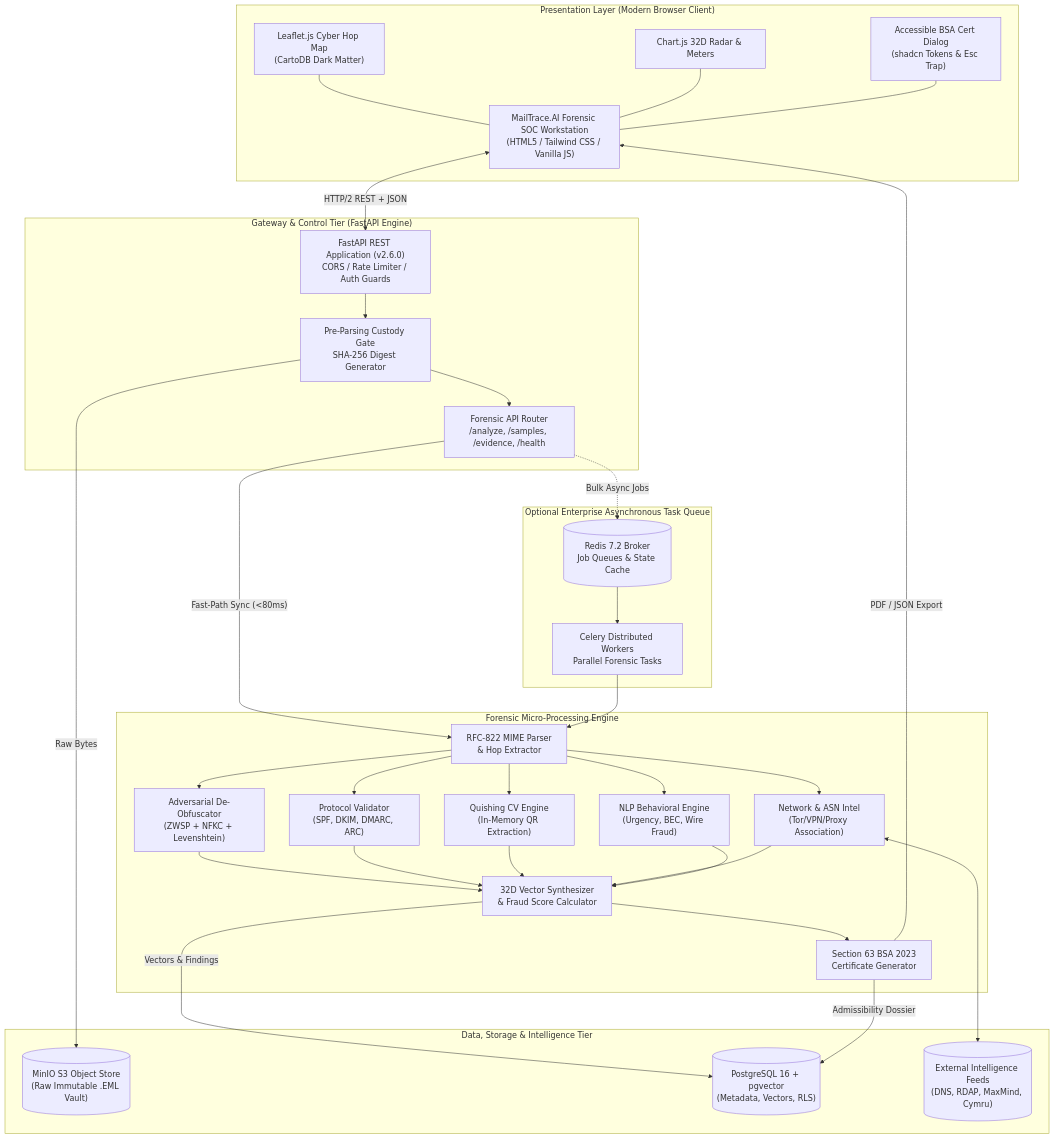
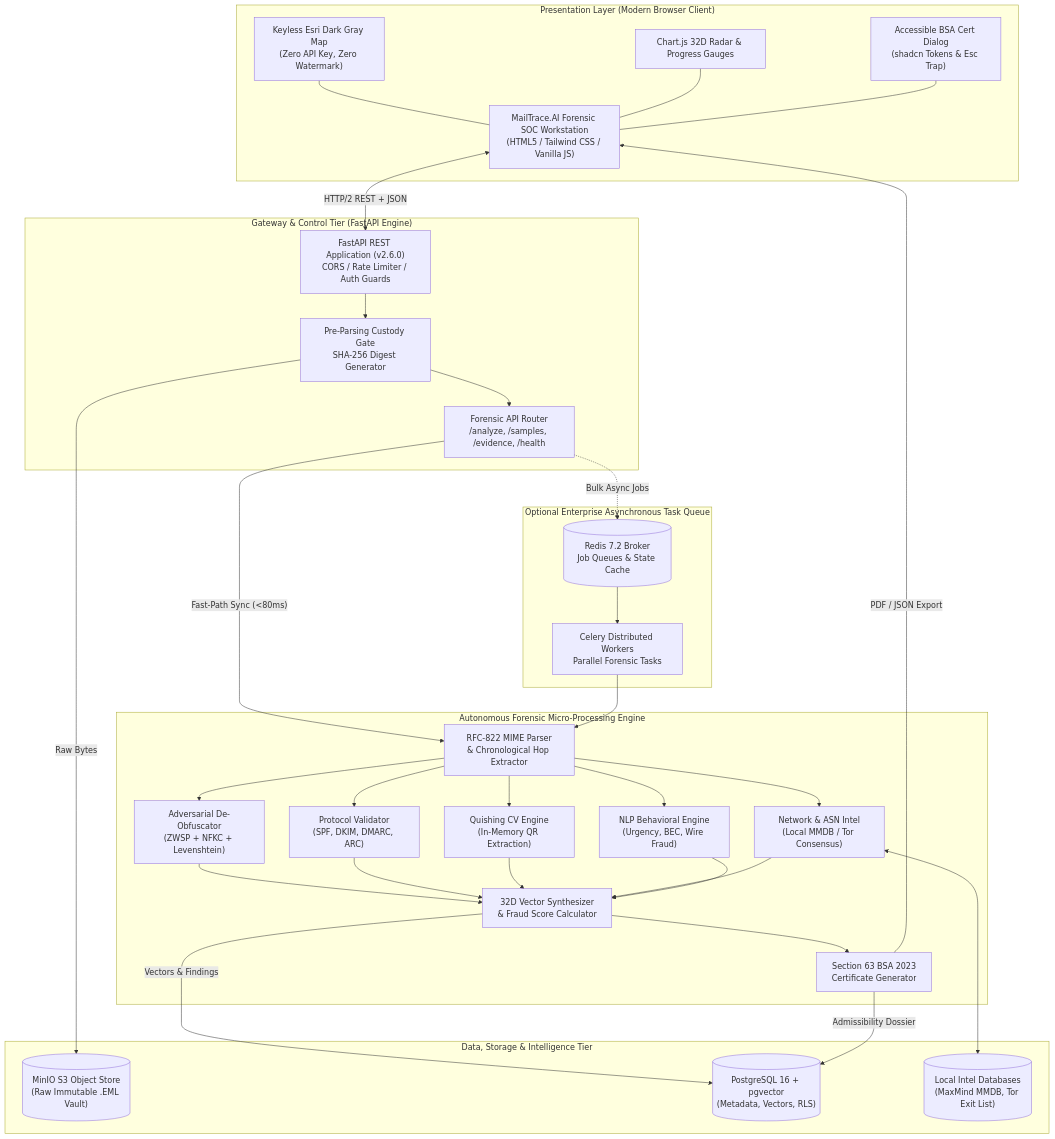
One commit to rakeshsinghrawat107/MailTrace-AI changed the second of 10 diagrams in updated architecture.md. Above: the diagram before and after it, drawn with Mermaid. The commit also changed other lines of this file and 2 other files, not shown here.

Commit message:
fix(map): replace watermarked CartoDB tiles with keyless Esri World Dark Gray & update architecture v3.1.0

````diff
--- a/updated architecture.md
+++ b/updated architecture.md
@@ -84,70 +304,70 @@
 ```mermaid
 flowchart TB
     subgraph ClientTier ["Presentation Layer (Modern Browser Client)"]
         UI["MailTrace.AI Forensic SOC Workstation<br/>(HTML5 / Tailwind CSS / Vanilla JS)"]
-        MAP["Leaflet.js Cyber Hop Map<br/>(CartoDB Dark Matter)"]
-        RADAR["Chart.js 32D Radar & Meters"]
+        MAP["Keyless Esri Dark Gray Map<br/>(Zero API Key, Zero Watermark)"]
+        RADAR["Chart.js 32D Radar & Progress Gauges"]
         DIALOG["Accessible BSA Cert Dialog<br/>(shadcn Tokens & Esc Trap)"]
     end
 
     subgraph GatewayTier ["Gateway & Control Tier (FastAPI Engine)"]
         API["FastAPI REST Application (v2.6.0)<br/>CORS / Rate Limiter / Auth Guards"]
         ROUTER["Forensic API Router<br/>/analyze, /samples, /evidence, /health"]
         CUSTODY_GATE["Pre-Parsing Custody Gate<br/>SHA-256 Digest Generator"]
     end
 
     subgraph AsyncTier ["Optional Enterprise Asynchronous Task Queue"]
         REDIS[("Redis 7.2 Broker<br/>Job Queues & State Cache")]
         CELERY["Celery Distributed Workers<br/>Parallel Forensic Tasks"]
     end
 
-    subgraph EngineTier ["Forensic Micro-Processing Engine"]
-        MIME_PARSER["RFC-822 MIME Parser<br/>& Hop Extractor"]
+    subgraph EngineTier ["Autonomous Forensic Micro-Processing Engine"]
+        MIME_PARSER["RFC-822 MIME Parser<br/>& Chronological Hop Extractor"]
         DEOBF["Adversarial De-Obfuscator<br/>(ZWSP + NFKC + Levenshtein)"]
         PROTO["Protocol Validator<br/>(SPF, DKIM, DMARC, ARC)"]
         QUISH["Quishing CV Engine<br/>(In-Memory QR Extraction)"]
-        GEO["Network & ASN Intel<br/>(Tor/VPN/Proxy Association)"]
+        GEO["Network & ASN Intel<br/>(Local MMDB / Tor Consensus)"]
         NLP["NLP Behavioral Engine<br/>(Urgency, BEC, Wire Fraud)"]
         SYNTH["32D Vector Synthesizer<br/>& Fraud Score Calculator"]
         CERT_GEN["Section 63 BSA 2023<br/>Certificate Generator"]
     end
 
     subgraph StorageTier ["Data, Storage & Intelligence Tier"]
         MINIO[("MinIO S3 Object Store<br/>(Raw Immutable .EML Vault)")]
         POSTGRES[("PostgreSQL 16 + pgvector<br/>(Metadata, Vectors, RLS)")]
-        INTEL_FEEDS[("External Intelligence Feeds<br/>(DNS, RDAP, MaxMind, Cymru)")]
+        INTEL_FEEDS[("Local Intel Databases<br/>(MaxMind MMDB, Tor Exit List)")]
     end
 
     UI <-->|"HTTP/2 REST + JSON"| API
     MAP --- UI
     RADAR --- UI
     DIALOG --- UI
 
     API --> CUSTODY_GATE
     CUSTODY_GATE -->|"Raw Bytes"| MINIO
     CUSTODY_GATE --> ROUTER
 
     ROUTER -->|"Fast-Path Sync (<80ms)"| MIME_PARSER
     ROUTER -.->|"Bulk Async Jobs"| REDIS
     REDIS --> CELERY
     CELERY --> MIME_PARSER
 
     MIME_PARSER --> DEOBF
     MIME_PARSER --> PROTO
     MIME_PARSER --> QUISH
     MIME_PARSER --> GEO
     MIME_PARSER --> NLP
 
     GEO <--> INTEL_FEEDS
 
     DEOBF --> SYNTH
     PROTO --> SYNTH
     QUISH --> SYNTH
     GEO --> SYNTH
     NLP --> SYNTH
 
     SYNTH --> CERT_GEN
     SYNTH -->|"Vectors & Findings"| POSTGRES
     CERT_GEN -->|"Admissibility Dossier"| POSTGRES
     CERT_GEN -->|"PDF / JSON Export"| UI
 ```
````
